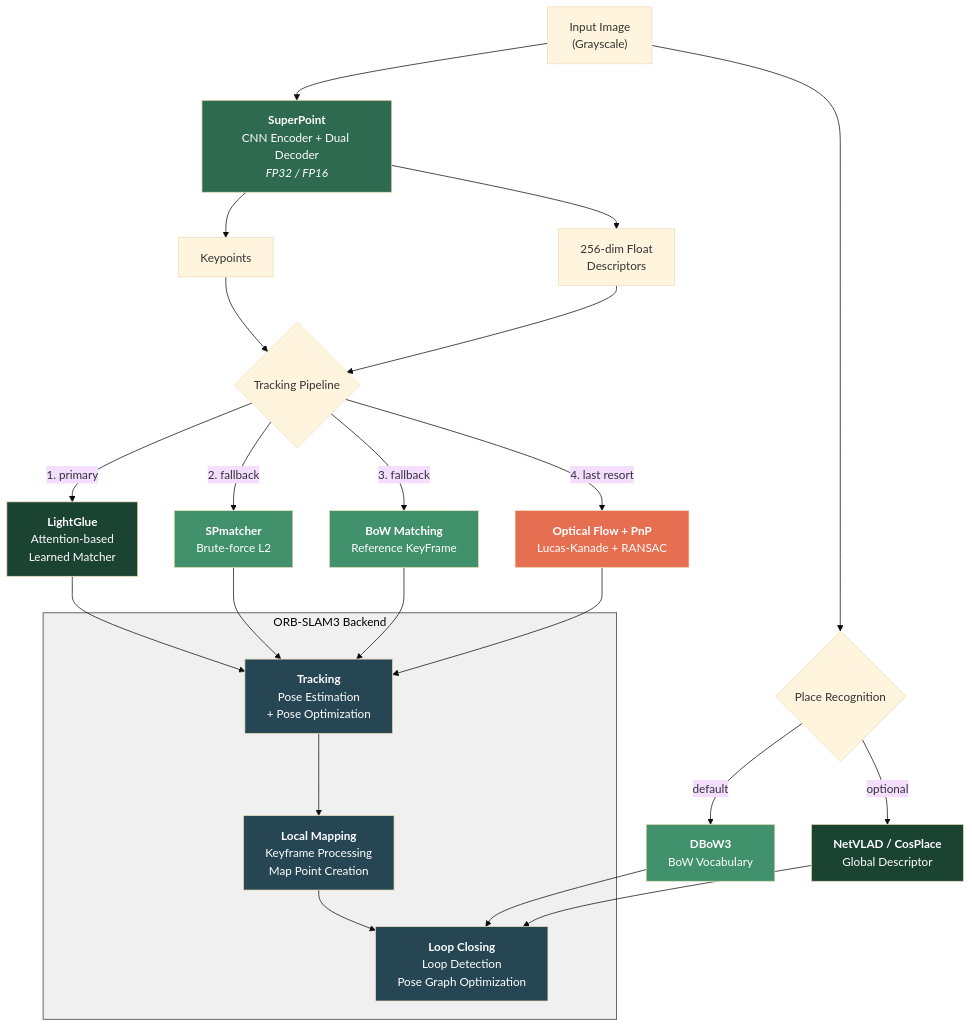
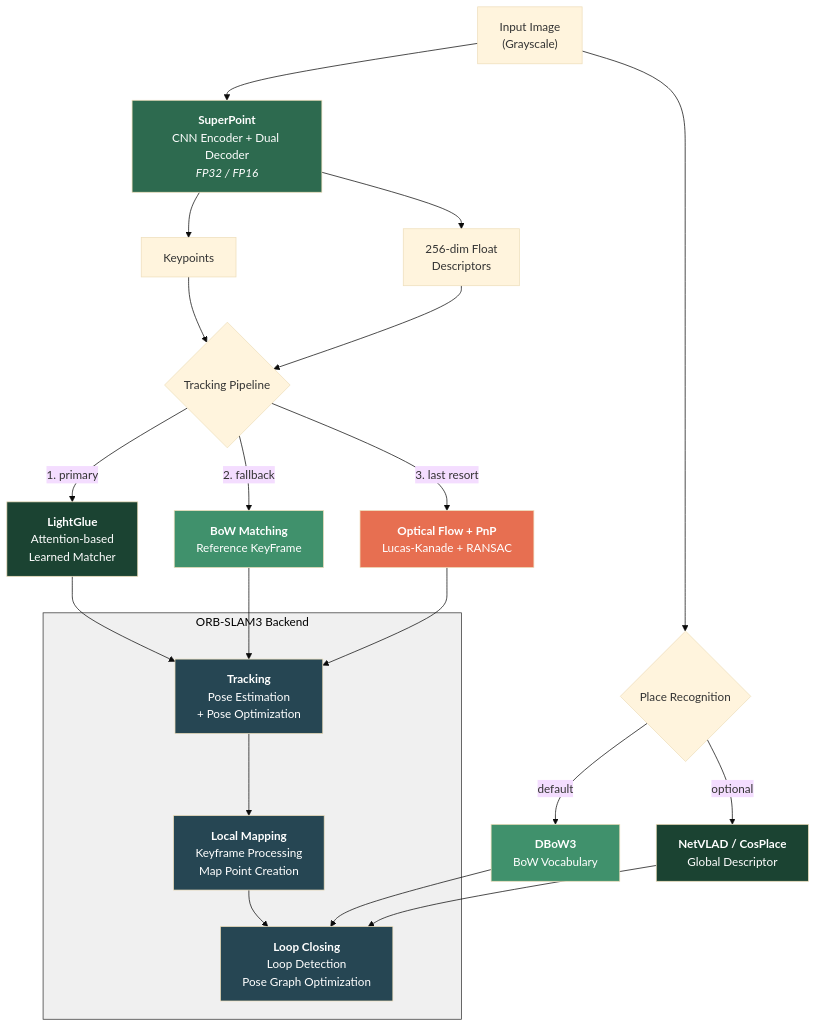
One commit to fthbng77/SP_SLAM3 changed the diagram in README.md. Above: the diagram before and after it, drawn with Mermaid (base theme). The commit also changed other lines of this file and 1 other file, not shown here.

Commit message:
remove L2 fallback

````diff
--- a/README.md
+++ b/README.md
@@ -354,44 +354,41 @@
 ```mermaid
 graph TD
     A["Input Image<br/>(Grayscale)"] --> B["<b>SuperPoint</b><br/>CNN Encoder + Dual Decoder<br/><i>FP32 / FP16</i>"]
 
     B --> K["Keypoints"]
     B --> D["256-dim Float<br/>Descriptors"]
 
     K --> M{Tracking Pipeline}
     D --> M
 
     M -- "1. primary" --> LG["<b>LightGlue</b><br/>Attention-based<br/>Learned Matcher"]
-    M -- "2. fallback" --> SP["<b>SPmatcher</b><br/>Brute-force L2"]
-    M -- "3. fallback" --> BOW["<b>BoW Matching</b><br/>Reference KeyFrame"]
-    M -- "4. last resort" --> OF["<b>Optical Flow + PnP</b><br/>Lucas-Kanade + RANSAC"]
+    M -- "2. fallback" --> BOW["<b>BoW Matching</b><br/>Reference KeyFrame"]
+    M -- "3. last resort" --> OF["<b>Optical Flow + PnP</b><br/>Lucas-Kanade + RANSAC"]
 
     LG --> T
-    SP --> T
     BOW --> T
     OF --> T
 
     subgraph SLAM ["ORB-SLAM3 Backend"]
         T["<b>Tracking</b><br/>Pose Estimation<br/>+ Pose Optimization"]
         T --> LM["<b>Local Mapping</b><br/>Keyframe Processing<br/>Map Point Creation"]
         LM --> LC["<b>Loop Closing</b><br/>Loop Detection<br/>Pose Graph Optimization"]
     end
 
     A --> PR{Place Recognition}
     PR -- "default" --> DB["<b>DBoW3</b><br/>BoW Vocabulary"]
     PR -- "optional" --> NV["<b>NetVLAD / CosPlace</b><br/>Global Descriptor"]
     DB --> LC
     NV --> LC
 
     style B fill:#2d6a4f,color:#fff
     style LG fill:#1b4332,color:#fff
     style NV fill:#1b4332,color:#fff
-    style SP fill:#40916c,color:#fff
     style BOW fill:#40916c,color:#fff
     style DB fill:#40916c,color:#fff
     style OF fill:#e76f51,color:#fff
     style SLAM fill:#f0f0f0,stroke:#333,color:#000
     style T fill:#264653,color:#fff
     style LM fill:#264653,color:#fff
     style LC fill:#264653,color:#fff
 ```
````
